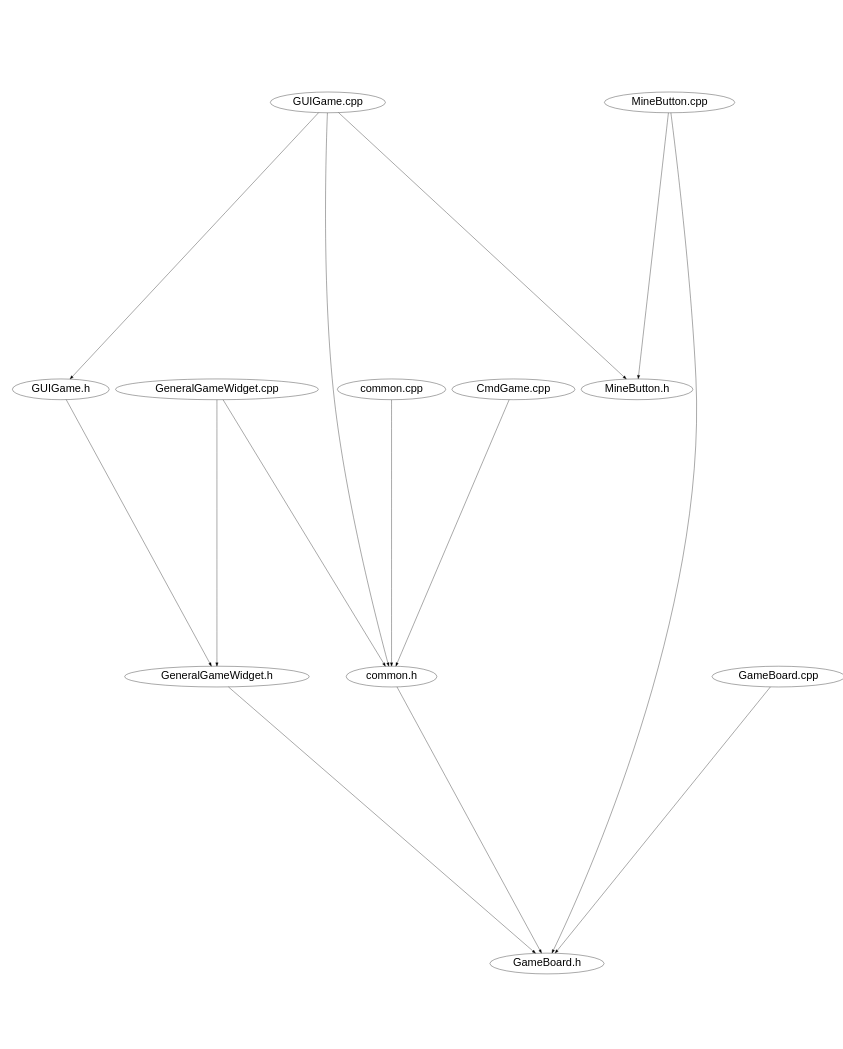
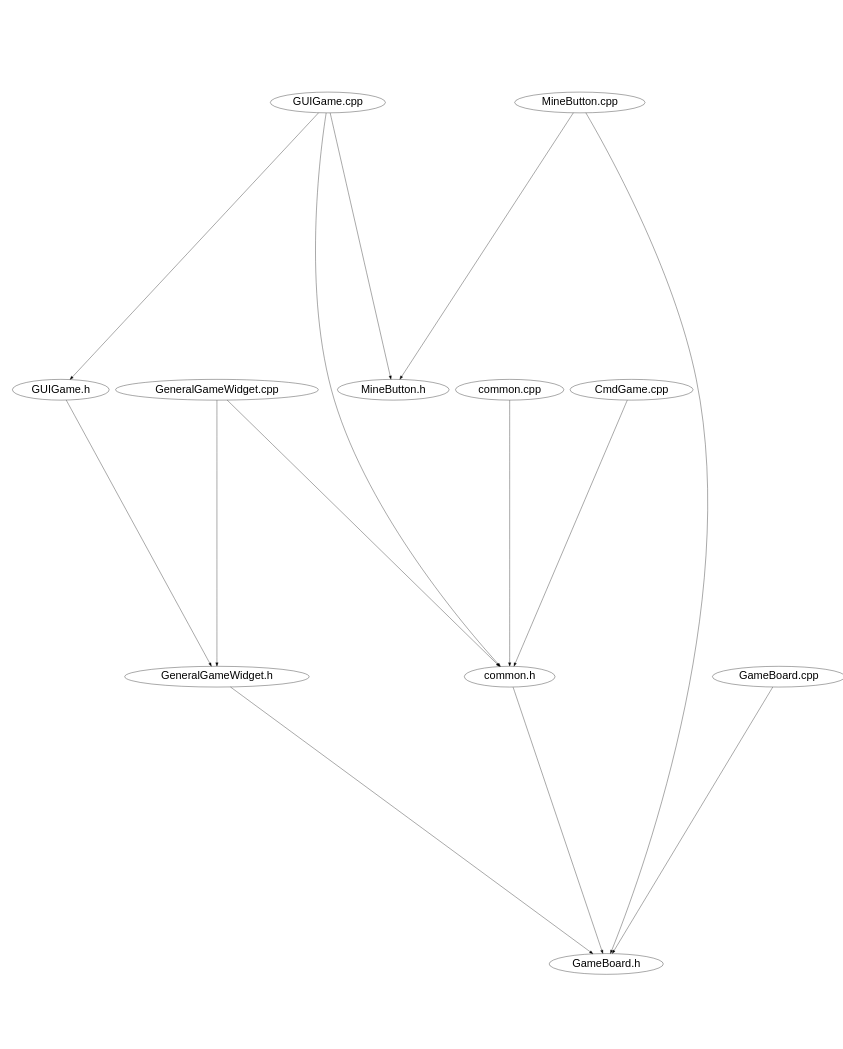
One commit to jeang-bo-yuan/oop-qt-project changed the diagram in minesweeper/doc/Include_Path.dot. Above: the diagram before and after it, drawn with Graphviz. The commit also changed other lines of this file and 8 other files, not shown here.

```diff
--- a/minesweeper/doc/Include_Path.dot
+++ b/minesweeper/doc/Include_Path.dot
@@ -1,22 +1,22 @@
 digraph "source tree" {
     overlap=scale;
     size="8,10";
     ratio="fill";
     fontsize="32";
     fontname="Helvetica";
 	node [fontsize="32", fontname="Helvetica"]
 	clusterrank="local";
+	"GeneralGameWidget.h" -> "GameBoard.h"
+	"CmdGame.cpp" -> "common.h"
+	"GUIGame.cpp" -> "common.h"
 	"GUIGame.cpp" -> "MineButton.h"
+	"common.h" -> "GameBoard.h"
+	"MineButton.cpp" -> "MineButton.h"
+	"GUIGame.h" -> "GeneralGameWidget.h"
 	"common.cpp" -> "common.h"
-	"GUIGame.cpp" -> "common.h"
+	"GameBoard.cpp" -> "GameBoard.h"
+	"GeneralGameWidget.cpp" -> "GeneralGameWidget.h"
 	"GeneralGameWidget.cpp" -> "common.h"
+	"MineButton.cpp" -> "GameBoard.h"
 	"GUIGame.cpp" -> "GUIGame.h"
-	"GeneralGameWidget.h" -> "GameBoard.h"
-	"GameBoard.cpp" -> "GameBoard.h"
-	"MineButton.cpp" -> "GameBoard.h"
-	"GUIGame.h" -> "GeneralGameWidget.h"
-	"MineButton.cpp" -> "MineButton.h"
-	"GeneralGameWidget.cpp" -> "GeneralGameWidget.h"
-	"CmdGame.cpp" -> "common.h"
-	"common.h" -> "GameBoard.h"
 }
```
